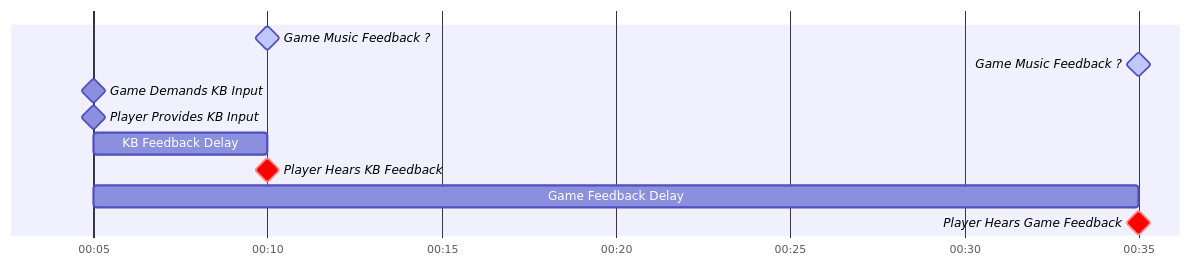
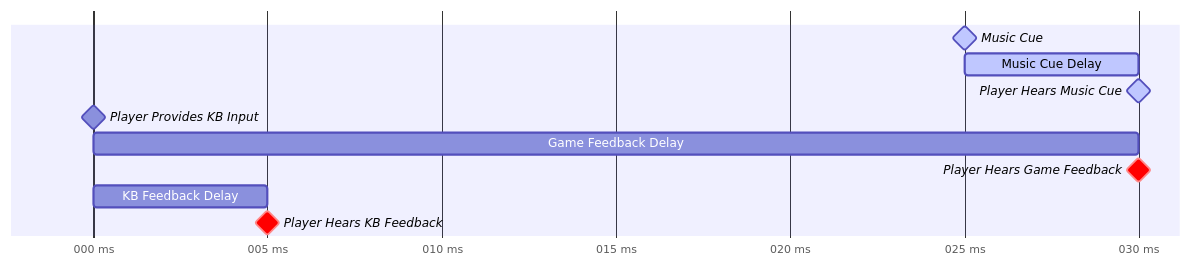
One commit to Eve-ning/Eve-ning.github.io changed the first of 12 diagrams in _posts/2024-10-04-hitsounds.md. Above: the diagram before and after it, drawn with Mermaid. The commit also changed other lines of this file, not shown here.

````diff
--- a/_posts/2024-10-04-hitsounds.md
+++ b/_posts/2024-10-04-hitsounds.md
@@ -55,13 +50,14 @@
 ```mermaid
 gantt
-  dateFormat mm:ss
-  axisFormat %M:%S
-  Game Music Feedback ?: active, milestone, 00:10,
-  Game Music Feedback ?: active, milestone, 00:35,
-  Game Demands KB Input: milestone, 00:05,
-  Player Provides KB Input: milestone, 00:05,
-  KB Feedback Delay: 00:05, 00:10
-  Player Hears KB Feedback: crit, milestone, 00:10,
-  Game Feedback Delay: 00:05, 00:35
-  Player Hears Game Feedback: crit, milestone, 00:35,
+  dateFormat SSS
+  axisFormat %L ms
+  tickInterval 5millisecond
+  Music Cue: active, milestone, 025,
+  Music Cue Delay: active, 025, 030
+  Player Hears Music Cue: active, milestone, 030,
+  Player Provides KB Input: milestone, 000,
+  Game Feedback Delay: 000, 030
+  Player Hears Game Feedback: crit, milestone, 030,
+  KB Feedback Delay: 000, 005
+  Player Hears KB Feedback: crit, milestone, 005,
 ```
````
